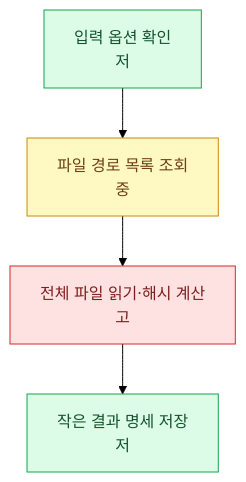
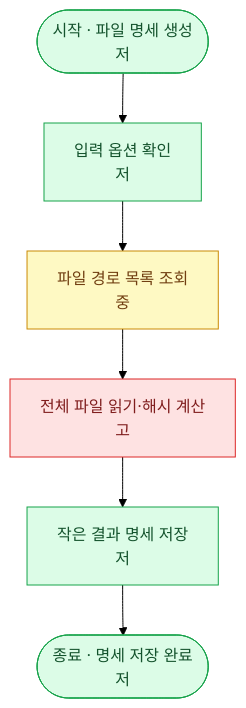
One commit to ParkMinDev/AgentSkills changed the first of 2 diagrams in skills/algorithm-flowchart/references/examples.md. Above: the diagram before and after it, drawn with Mermaid (forest theme). The commit also changed other lines of this file and 2 other files, not shown here.

Commit message:
Clarify flowchart entry and exit nodes

````diff
--- a/skills/algorithm-flowchart/references/examples.md
+++ b/skills/algorithm-flowchart/references/examples.md
@@ -8,12 +8,14 @@
 ```mermaid
 flowchart TD
+    START(["시작 · 파일 명세 생성<br/>저"]) --> A
     A["입력 옵션 확인<br/>저"] --> B["파일 경로 목록 조회<br/>중"]
     B --> C["전체 파일 읽기·해시 계산<br/>고"]
     C --> D["작은 결과 명세 저장<br/>저"]
+    D --> END(["종료 · 명세 저장 완료<br/>저"])
     classDef low fill:#dcfce7,stroke:#16a34a,color:#14532d
     classDef medium fill:#fef9c3,stroke:#ca8a04,color:#713f12
     classDef high fill:#fee2e2,stroke:#dc2626,color:#7f1d1d
-    class A,D low
+    class START,END,A,D low
     class B medium
     class C high
 ```
````
